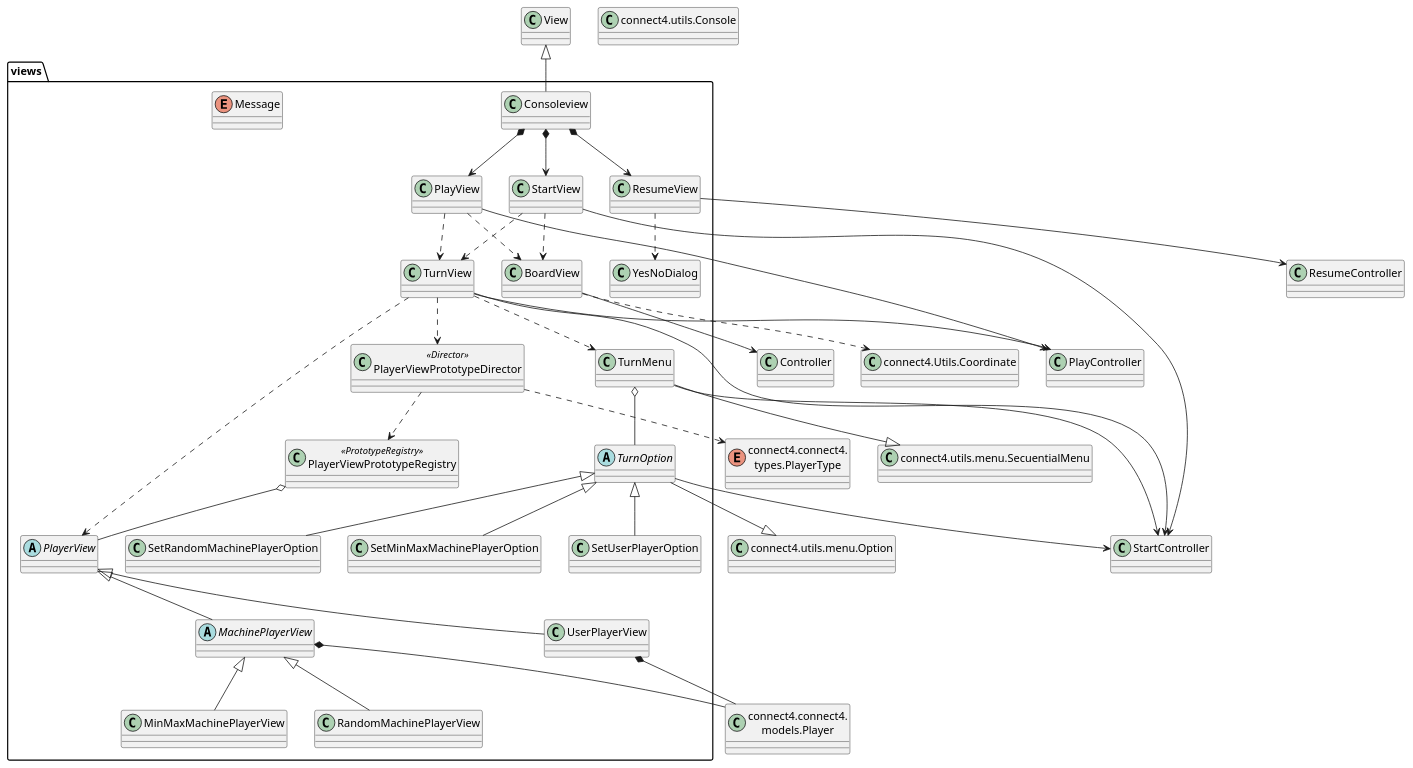
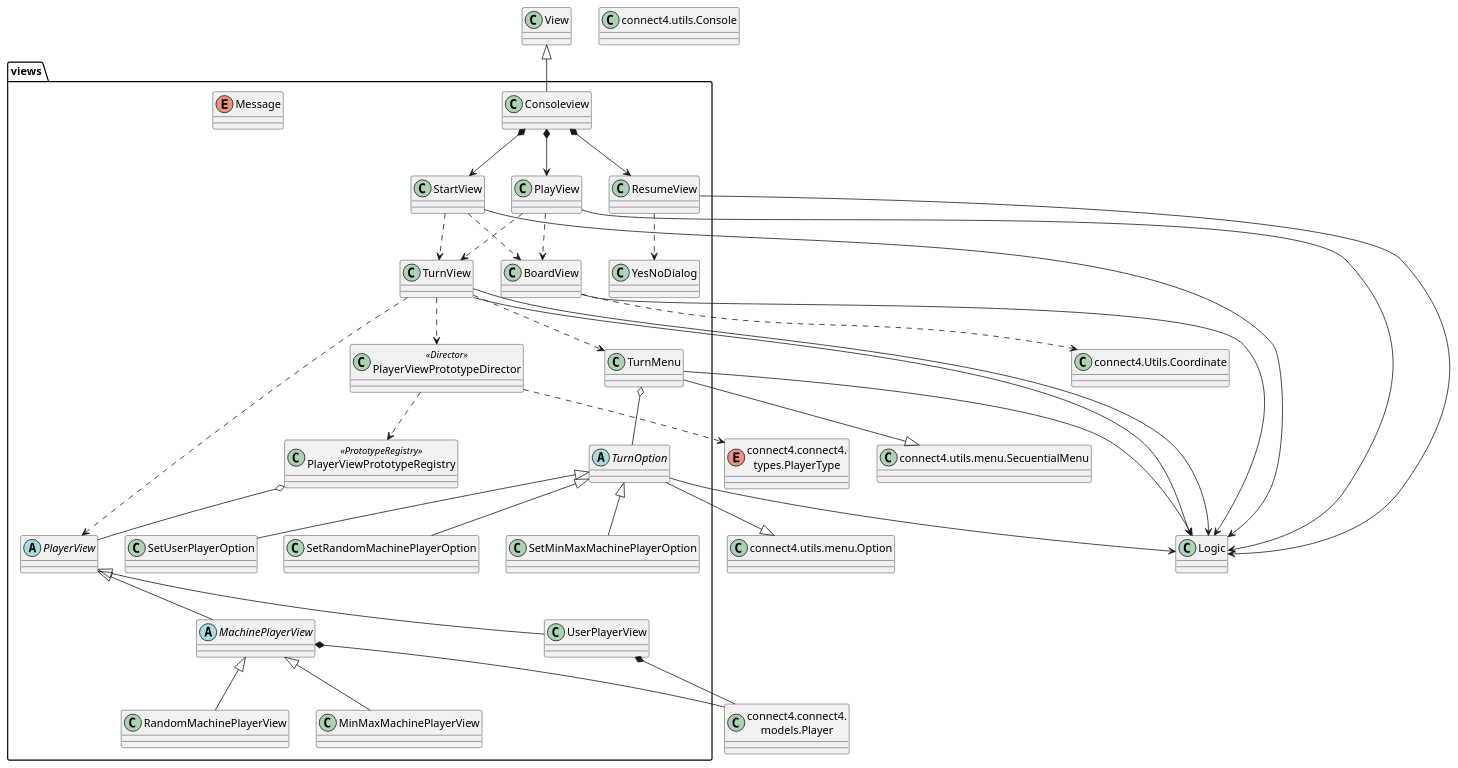
One commit to js-rom/connect4 changed the diagram in connect4/Docs/diagrams/src/packages/connect4.connect4.views.console.plantuml. Above: the diagram before and after it, drawn with PlantUML. The commit also changed 12 other files, not shown here.

```diff
--- a/connect4/Docs/diagrams/src/packages/connect4.connect4.views.console.plantuml
+++ b/connect4/Docs/diagrams/src/packages/connect4.connect4.views.console.plantuml
@@ -1,84 +1,82 @@
 @startuml connect4.connect4.views
 
 class views.Consoleview
 class views.StartView
 class views.PlayView
 class views.ResumeView
 class views.BoardView
 class views.TurnView
 abstract class views.PlayerView
 abstract class views.MachinePlayerView
 class views.MinMaxMachinePlayerView
 class views.RandomMachinePlayerView
 class views.UserPlayerView
 class views.TurnMenu
 abstract class views.TurnOption
 class views.SetRandomMachinePlayerOption
 class views.SetMinMaxMachinePlayerOption
 class views.SetUserPlayerOption
 enum views.Message
 class views.YesNoDialog
 class views.PlayerViewPrototypeDirector <<Director>>
 class views.PlayerViewPrototypeRegistry <<PrototypeRegistry>>
 
 class View
 View <|-- Consoleview 
 Consoleview *--> StartView
 Consoleview *--> PlayView
 Consoleview *--> ResumeView
 
-class StartController
-class PlayController
-class ResumeController
+class Logic
 
-StartView --> StartController
-PlayView --> PlayController
-ResumeView --> ResumeController
+StartView --> Logic
+PlayView --> Logic
+ResumeView --> Logic
 
 StartView ..> TurnView
 StartView ..> BoardView
 
 PlayView ..> TurnView
 PlayView ..> BoardView
 
 ResumeView ..> YesNoDialog
 
 TurnView ..> PlayerView
 
 PlayerView <|-- UserPlayerView
 PlayerView <|-- MachinePlayerView
 MachinePlayerView <|-- MinMaxMachinePlayerView
 MachinePlayerView <|-- RandomMachinePlayerView
 
 TurnOption <|-- SetRandomMachinePlayerOption
 TurnOption <|-- SetMinMaxMachinePlayerOption
 TurnOption <|-- SetUserPlayerOption
 
 TurnView ..> TurnMenu
 TurnMenu o-- TurnOption
 TurnView ..> PlayerViewPrototypeDirector
 
 PlayerViewPrototypeDirector ..> PlayerViewPrototypeRegistry
 PlayerViewPrototypeRegistry o-- PlayerView
 
 class Option as "connect4.utils.menu.Option"
 class SecuentialMenu as "connect4.utils.menu.SecuentialMenu"
 class Coordinate as "connect4.Utils.Coordinate"
 class Console as "connect4.utils.Console"
 class Player as "connect4.connect4.\nmodels.Player"
 enum PlayerType as "connect4.connect4.\ntypes.PlayerType"
 
 TurnOption --|> Option
 TurnMenu --|> SecuentialMenu
-BoardView --> Controller
+BoardView --> Logic
 BoardView ..> Coordinate
 MachinePlayerView *-- Player
 UserPlayerView *-- Player
-TurnView --> StartController
-TurnView --> PlayController
-TurnMenu --> StartController
-TurnOption --> StartController
+TurnView --> Logic
+TurnView --> Logic
+TurnMenu --> Logic
+TurnOption --> Logic
 PlayerViewPrototypeDirector ..> PlayerType
 
 
 @enduml
```
